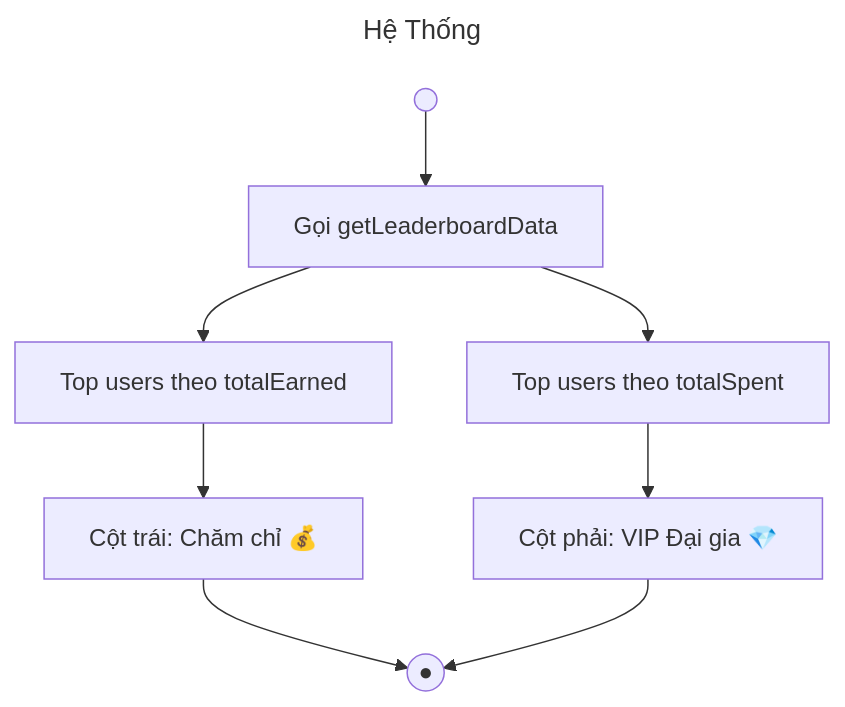
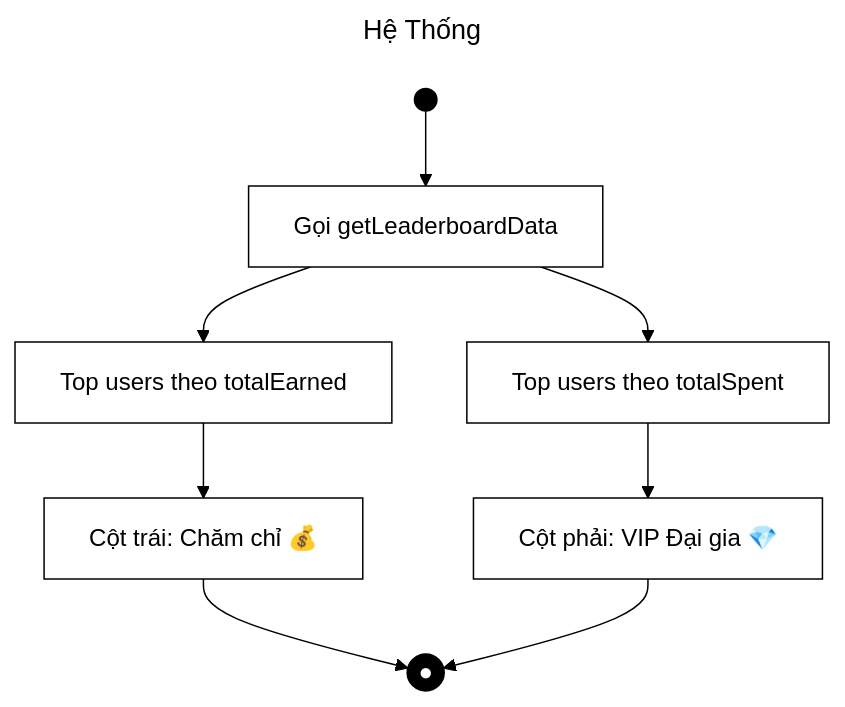
Before and after one commit to Babiboyy55/TaskHeroPKA: the sixth of 22 diagrams in Activity_Diagrams.md, drawn with Mermaid. The commit also changed other lines of this file, not shown here.

````diff
--- a/Activity_Diagrams.md
+++ b/Activity_Diagrams.md
@@ -99,12 +114,15 @@
 ```mermaid
 ---
 title: Hệ Thống
 ---
+%%{init: {'theme':'base', 'themeVariables': {'primaryColor':'#ffffff', 'primaryBorderColor':'#000000', 'primaryTextColor':'#000000', 'lineColor':'#000000', 'edgeLabelBackground':'#ffffff', 'tertiaryColor':'#ffffff'}}}%%
 flowchart TD
-    S(( )) --> A[Gọi getLeaderboardData]
+    classDef default fill:#ffffff,stroke:#000000,stroke-width:1px,color:#000000;
+    classDef blackNode fill:#000000,stroke:#000000,stroke-width:1px,color:#ffffff;
+    S(( )):::blackNode --> A[Gọi getLeaderboardData]
     A --> B[Top users theo totalEarned]
     A --> C[Top users theo totalSpent]
     B --> D[Cột trái: Chăm chỉ 💰]
     C --> E[Cột phải: VIP Đại gia 💎]
-    D & E --> Z((●))
+    D & E --> Z((●)):::blackNode
 ```
````
